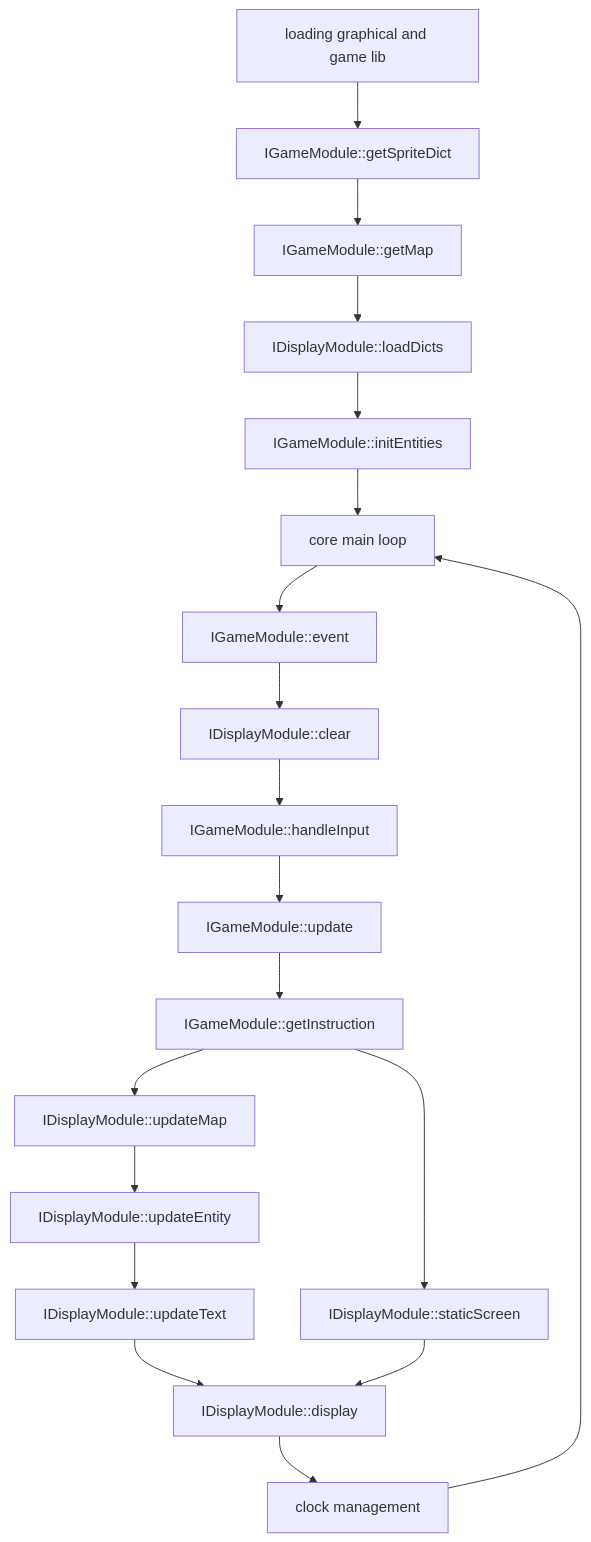
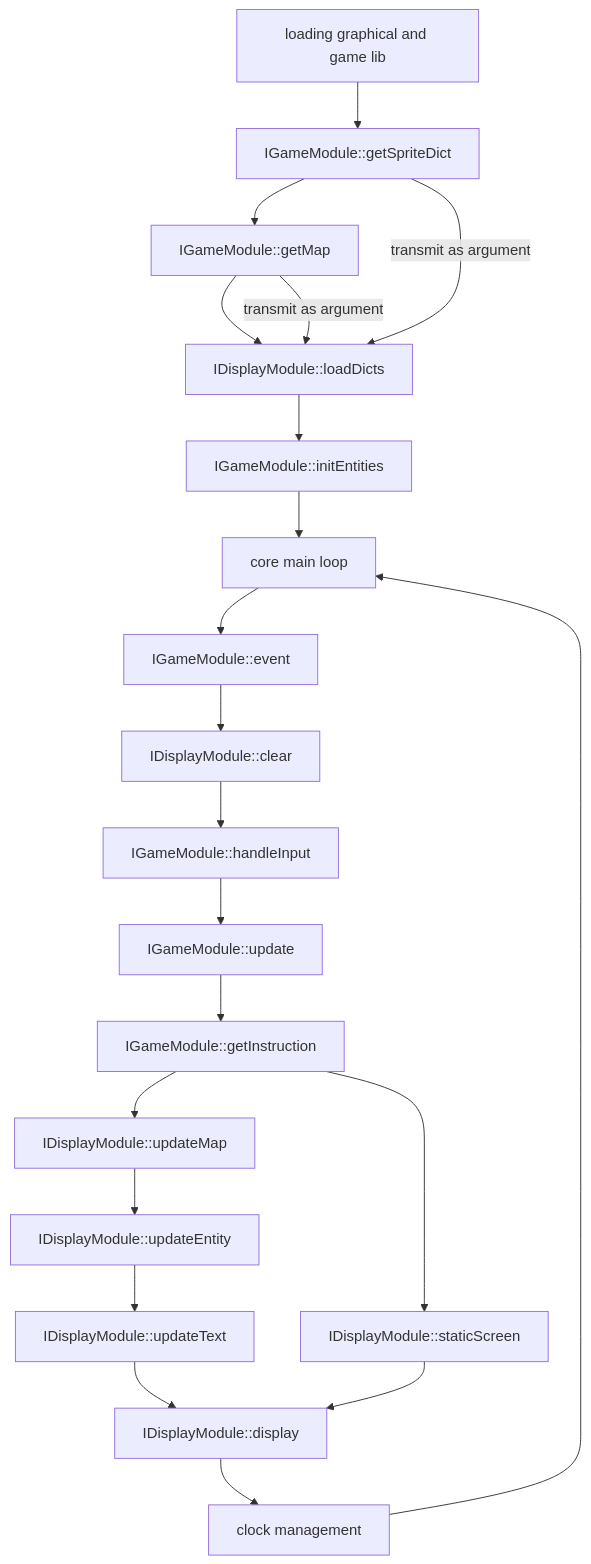
Before and after one commit to ASM-Studios/ArcadeInterfaces: the third of 3 diagrams in ReadMe.md, drawn with Mermaid.

Commit message:
[FIX] schema for general functionnement

````diff
--- a/ReadMe.md
+++ b/ReadMe.md
@@ -471,22 +471,24 @@
 ```mermaid
   graph TD;
     A[loading graphical and game lib] --> B[IGameModule::getSpriteDict]
     B --> C[IGameModule::getMap];
     C --> D[IDisplayModule::loadDicts];
     D --> E[IGameModule::initEntities];
     E --> F[core main loop];
     F --> G[IGameModule::event];
     G --> H[IDisplayModule::clear];
     H --> I[IGameModule::handleInput];
     I --> J[IGameModule::update];
     J --> K[IGameModule::getInstruction];
     K --> L[IDisplayModule::updateMap];
     L --> M[IDisplayModule::updateEntity];
     M --> N[IDisplayModule::updateText];
     K --> O[IDisplayModule::staticScreen];
     N --> P[IDisplayModule::display];
     O --> P
     P --> Q[clock management];
     Q --> F;
+    B --transmit as argument--> D;
+    C --transmit as argument--> D;
 
 ```
````
